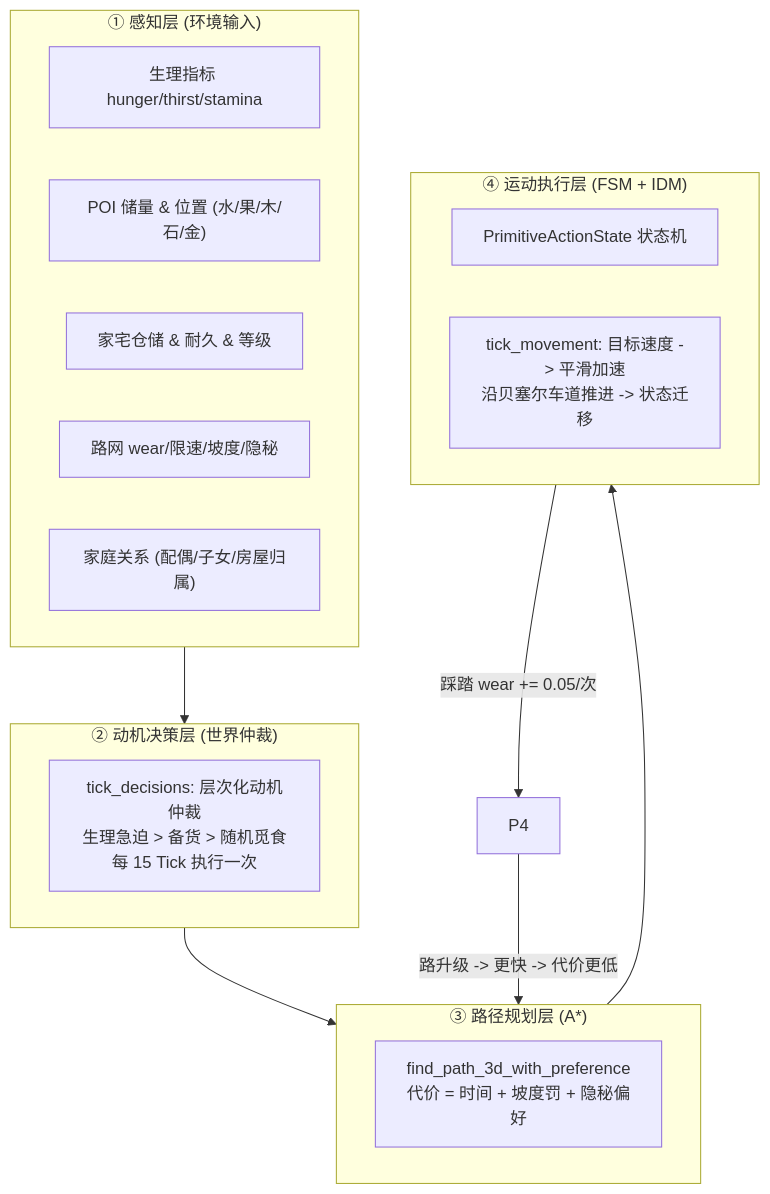
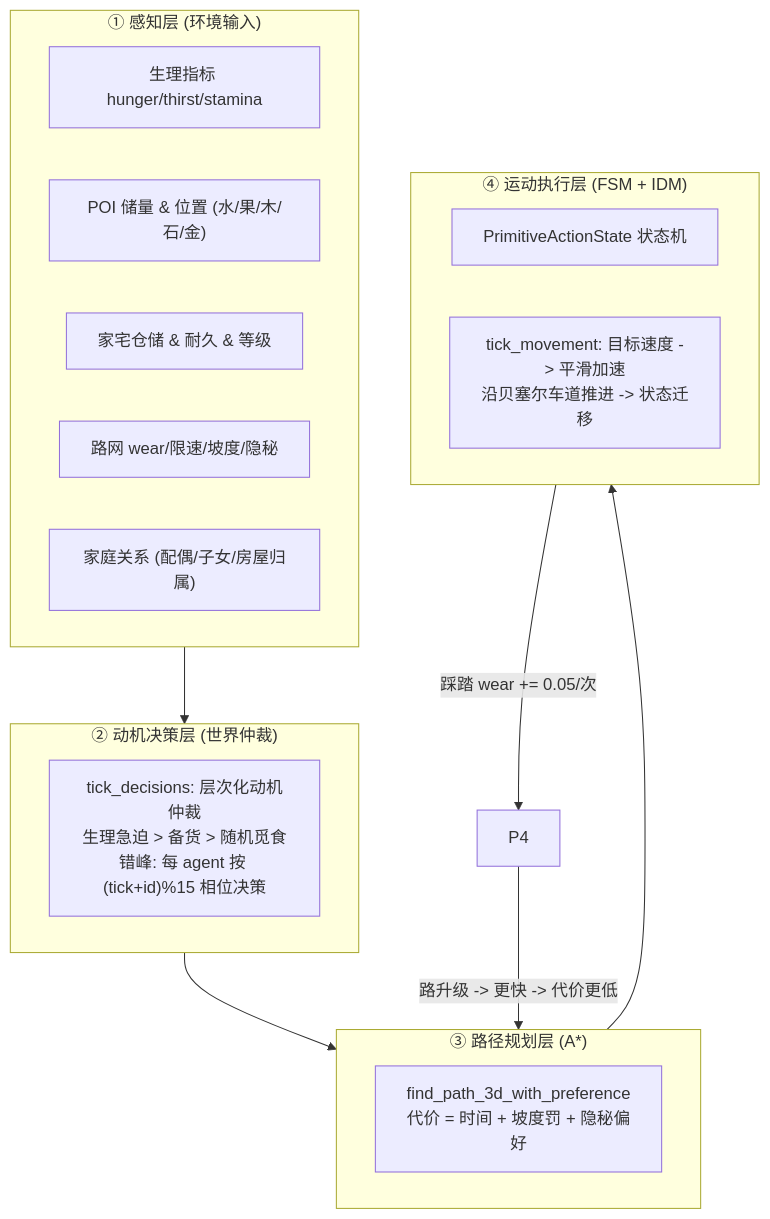
The diagram in AGENT_AI_ANALYSIS.md (g39088902/FlowAndAccord), drawn with Mermaid before and after one commit. The commit also changed other lines of this file and 4 other files, not shown here.

Commit message:
feat(core): stagger agent decisions by (tick+id)%15 phase instead of all-on-same-tick

````diff
--- a/AGENT_AI_ANALYSIS.md
+++ b/AGENT_AI_ANALYSIS.md
@@ -22,27 +22,27 @@
 ```mermaid
 flowchart TD
     subgraph P["① 感知层 (环境输入)"]
         S1["生理指标 hunger/thirst/stamina"]
         S2["POI 储量 & 位置 (水/果/木/石/金)"]
         S3["家宅仓储 & 耐久 & 等级"]
         S4["路网 wear/限速/坡度/隐秘"]
         S5["家庭关系 (配偶/子女/房屋归属)"]
     end
 
     subgraph D["② 动机决策层 (世界仲裁)"]
-        D1["tick_decisions: 层次化动机仲裁<br>生理急迫 > 备货 > 随机觅食<br>每 15 Tick 执行一次"]
+        D1["tick_decisions: 层次化动机仲裁<br>生理急迫 > 备货 > 随机觅食<br>错峰: 每 agent 按 (tick+id)%15 相位决策"]
     end
 
     subgraph N["③ 路径规划层 (A*)"]
         N1["find_path_3d_with_preference<br>代价 = 时间 + 坡度罚 + 隐秘偏好"]
     end
 
     subgraph M["④ 运动执行层 (FSM + IDM)"]
         M1["PrimitiveActionState 状态机"]
         M2["tick_movement: 目标速度 -> 平滑加速<br>沿贝塞尔车道推进 -> 状态迁移"]
     end
 
     P --> D --> N --> M
     M -->|"踩踏 wear += 0.05/次"| P4
     P4 -->|"路升级 -> 更快 -> 代价更低"| N
 ```
````
